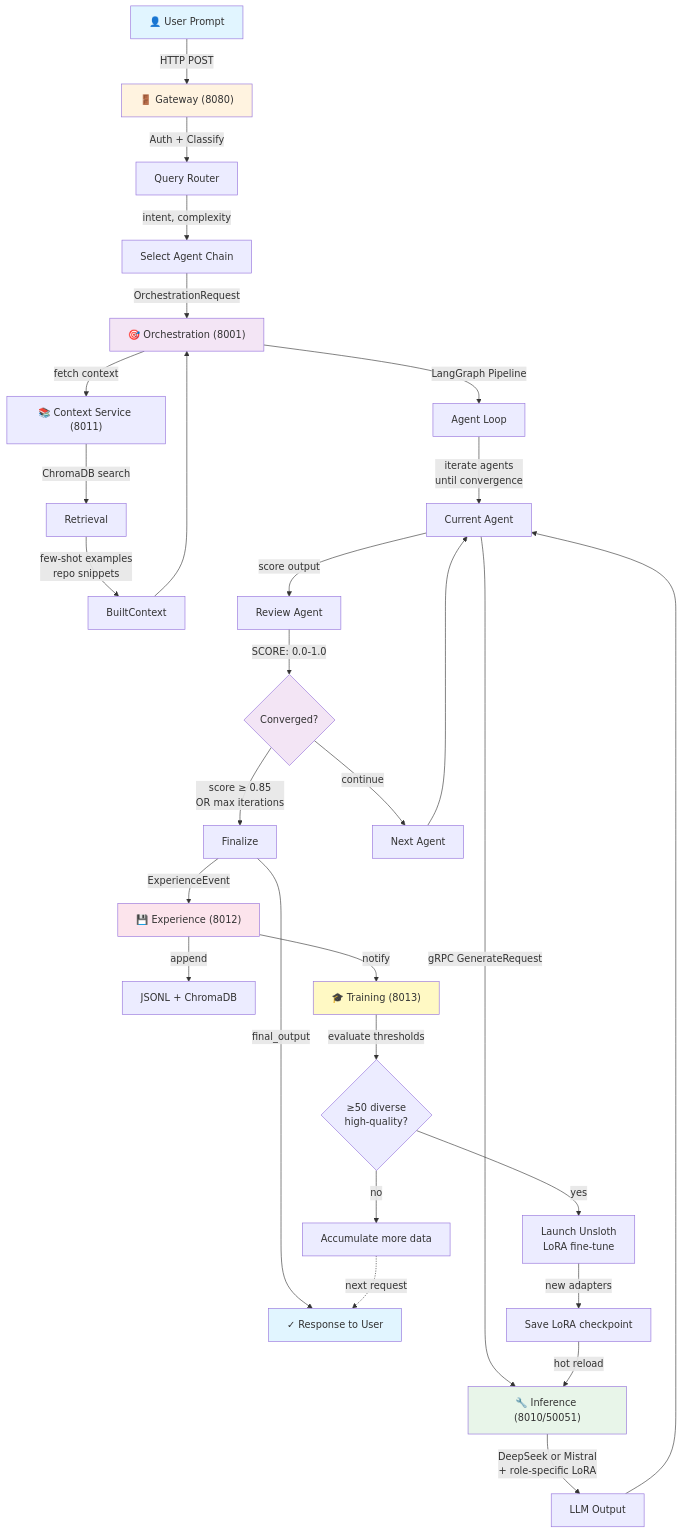
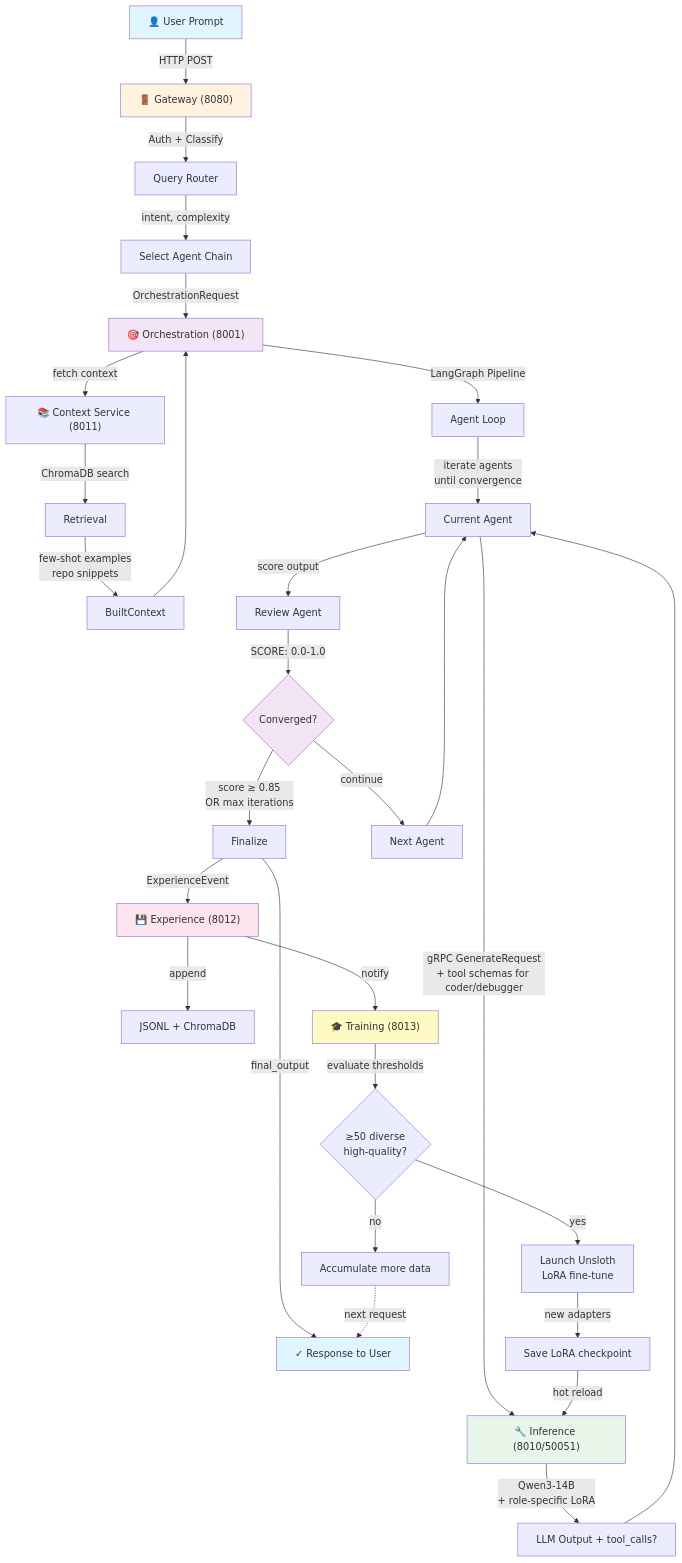
The diagram in ARCHITECTURE.md (plugtheo/idlepods_ai), drawn with Mermaid before and after one commit. The commit also changed other lines of this file and 38 other files, not shown here.

Commit message:
Replace custom <<TOOL>><<END>> marker tool calling with native OpenAI function calling, consolidate to single Qwen/Qwen3-14B model, and disable Qwen3 thinking mode across all agents.

````diff
--- a/ARCHITECTURE.md
+++ b/ARCHITECTURE.md
@@ -5,48 +5,48 @@
 ```mermaid
 graph TD
     A["👤 User Prompt"] -->|HTTP POST| B["🚪 Gateway (8080)"]
     
     B -->|Auth + Classify| C["Query Router"]
     C -->|intent, complexity| D["Select Agent Chain"]
     D -->|OrchestrationRequest| E["🎯 Orchestration (8001)"]
     
     E -->|fetch context| F["📚 Context Service (8011)"]
     F -->|ChromaDB search| G["Retrieval"]
     G -->|few-shot examples<br/>repo snippets| H["BuiltContext"]
     H --> E
     
     E -->|LangGraph Pipeline| I["Agent Loop"]
     I -->|iterate agents<br/>until convergence| J["Current Agent"]
-    J -->|gRPC GenerateRequest| K["🔧 Inference (8010/50051)"]
-    K -->|DeepSeek or Mistral<br/>+ role-specific LoRA| L["LLM Output"]
+    J -->|gRPC GenerateRequest<br/>+ tool schemas for coder/debugger| K["🔧 Inference (8010/50051)"]
+    K -->|Qwen3-14B<br/>+ role-specific LoRA| L["LLM Output + tool_calls?"]
     L --> J
     
     J -->|score output| M["Review Agent"]
     M -->|SCORE: 0.0-1.0| N{Converged?}
     N -->|score ≥ 0.85<br/>OR max iterations| O["Finalize"]
     N -->|continue| P["Next Agent"]
     P --> J
     O -->|final_output| Q["✓ Response to User"]
     
     O -->|ExperienceEvent| R["💾 Experience (8012)"]
     R -->|append| S["JSONL + ChromaDB"]
     R -->|notify| T["🎓 Training (8013)"]
     
     T -->|evaluate thresholds| U{≥50 diverse<br/>high-quality?}
     U -->|yes| V["Launch Unsloth<br/>LoRA fine-tune"]
     U -->|no| W["Accumulate more data"]
     
     V -->|new adapters| X["Save LoRA checkpoint"]
     X -->|hot reload| K
     
     W -.->|next request| Q
     
     style A fill:#e1f5ff
     style Q fill:#e1f5ff
     style B fill:#fff3e0
     style E fill:#f3e5f5
     style K fill:#e8f5e9
     style R fill:#fce4ec
     style T fill:#fff9c4
     style N fill:#f3e5f5
 ```
````
